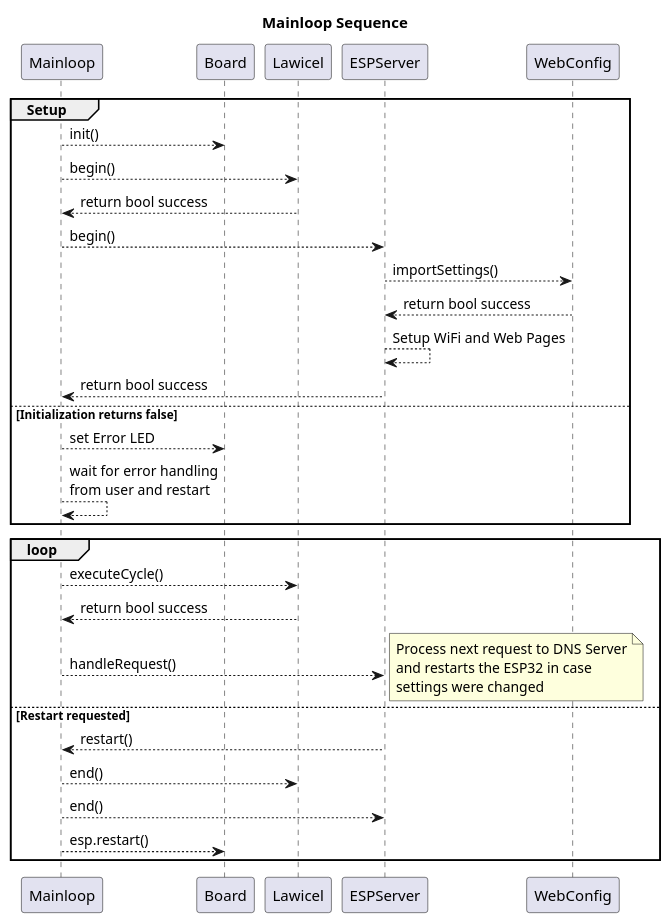
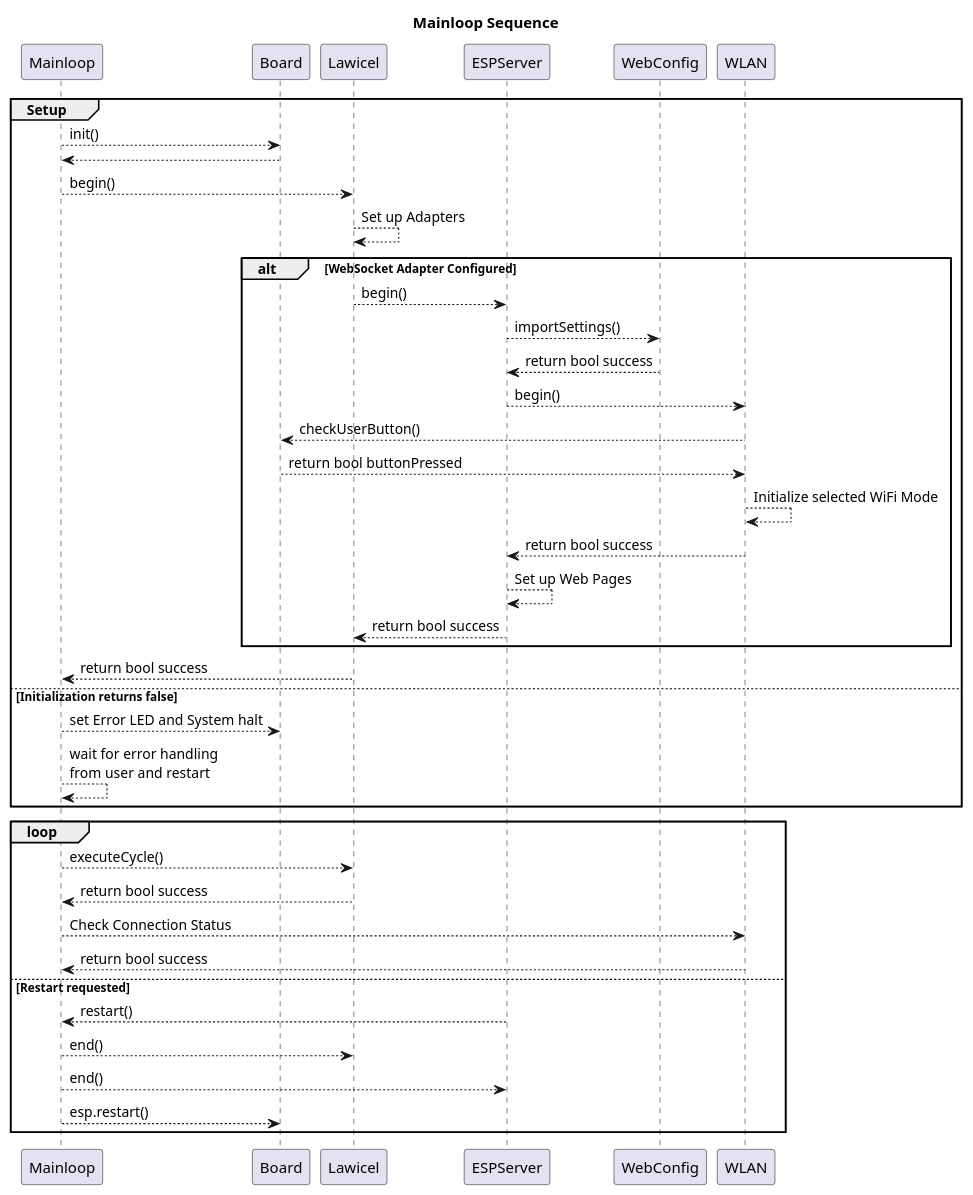
The diagram in Coding/fw/doc/design/Mainloop_Sequence.plantuml (NewTec-GmbH/esp32-can-iot), drawn with PlantUML before and after one commit.

Commit message:
Updated Sequence Diagram

```diff
--- a/Coding/fw/doc/design/Mainloop_Sequence.plantuml
+++ b/Coding/fw/doc/design/Mainloop_Sequence.plantuml
@@ -1,36 +1,46 @@
 @startuml
 
 Title Mainloop Sequence
 
-group Setup 
+group Setup
     Mainloop --> Board : init()
+    Board --> Mainloop
     Mainloop --> Lawicel : begin()
+    Lawicel --> Lawicel : Set up Adapters
+
+    alt WebSocket Adapter Configured
+        Lawicel --> ESPServer : begin()
+        ESPServer --> WebConfig : importSettings()
+        WebConfig --> ESPServer : return bool success
+        ESPServer --> WLAN : begin()
+        WLAN --> Board : checkUserButton()
+        Board --> WLAN : return bool buttonPressed
+        WLAN --> WLAN : Initialize selected WiFi Mode
+        WLAN --> ESPServer : return bool success
+        ESPServer --> ESPServer : Set up Web Pages
+        ESPServer --> Lawicel : return bool success
+    end
+
     Lawicel --> Mainloop : return bool success
-    Mainloop --> ESPServer : begin()
-    ESPServer --> WebConfig : importSettings()
-    WebConfig --> ESPServer : return bool success
-    ESPServer --> ESPServer : Setup WiFi and Web Pages
-    ESPServer --> Mainloop : return bool success
+
     else Initialization returns false
-    Mainloop --> Board : set Error LED
+
+    Mainloop --> Board : set Error LED and System halt
     Mainloop --> Mainloop : wait for error handling\nfrom user and restart
 end
 
 group loop
     Mainloop --> Lawicel : executeCycle()
     Lawicel --> Mainloop : return bool success
-    Mainloop --> ESPServer : handleRequest()
-    note right
-        Process next request to DNS Server
-        and restarts the ESP32 in case
-        settings were changed
-    end note
+
+    Mainloop --> WLAN : Check Connection Status
+    WLAN --> Mainloop : return bool success
 
     else Restart requested
     ESPServer --> Mainloop : restart()
     Mainloop --> Lawicel : end()
     Mainloop --> ESPServer : end()
     Mainloop --> Board : esp.restart()
 end
 
 @enduml
```
